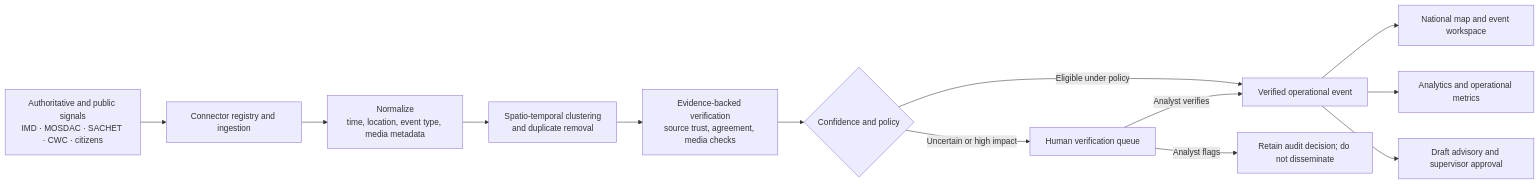
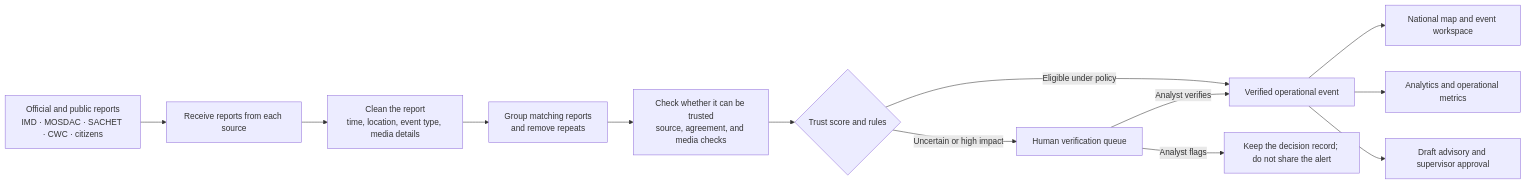
One commit to wrestle-R/SIH2026-weather changed the second of 3 diagrams in weather_ps/WEBSITE_ROUTE_AND_DEMO_GUIDE.md. Above: the diagram before and after it, drawn with Mermaid. The commit also changed other lines of this file and 11 other files, not shown here.

````diff
--- a/weather_ps/WEBSITE_ROUTE_AND_DEMO_GUIDE.md
+++ b/weather_ps/WEBSITE_ROUTE_AND_DEMO_GUIDE.md
@@ -132,15 +132,15 @@
 ```mermaid
 flowchart LR
-    A["Authoritative and public signals\nIMD · MOSDAC · SACHET · CWC · citizens"] --> B["Connector registry and ingestion"]
-    B --> C["Normalize\ntime, location, event type, media metadata"]
-    C --> D["Spatio-temporal clustering\nand duplicate removal"]
-    D --> E["Evidence-backed verification\nsource trust, agreement, media checks"]
-    E --> F{"Confidence and policy"}
+    A["Official and public reports\nIMD · MOSDAC · SACHET · CWC · citizens"] --> B["Receive reports from each source"]
+    B --> C["Clean the report\ntime, location, event type, media details"]
+    C --> D["Group matching reports\nand remove repeats"]
+    D --> E["Check whether it can be trusted\nsource, agreement, and media checks"]
+    E --> F{"Trust score and rules"}
     F -->|Uncertain or high impact| G["Human verification queue"]
     F -->|Eligible under policy| H["Verified operational event"]
     G -->|Analyst verifies| H
-    G -->|Analyst flags| I["Retain audit decision; do not disseminate"]
+    G -->|Analyst flags| I["Keep the decision record; do not share the alert"]
     H --> J["National map and event workspace"]
     H --> K["Analytics and operational metrics"]
     H --> L["Draft advisory and supervisor approval"]
 ```
````
